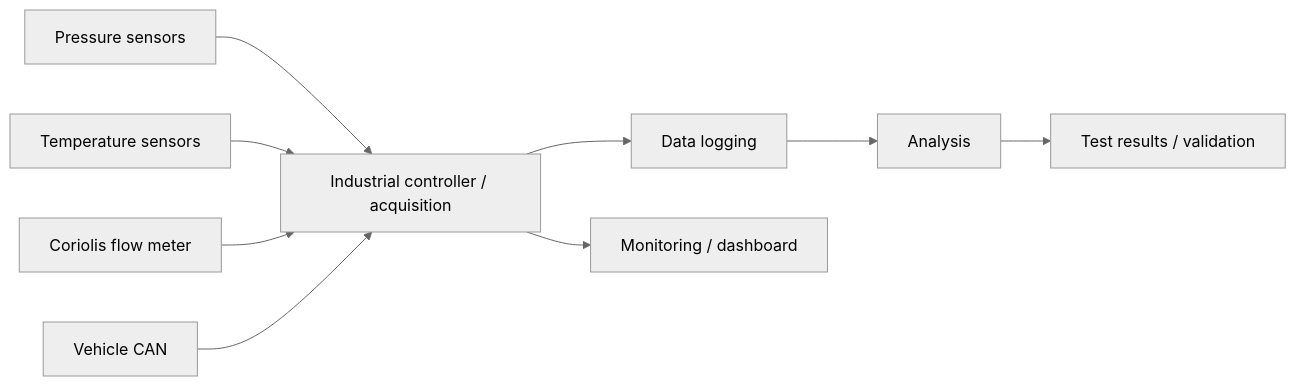
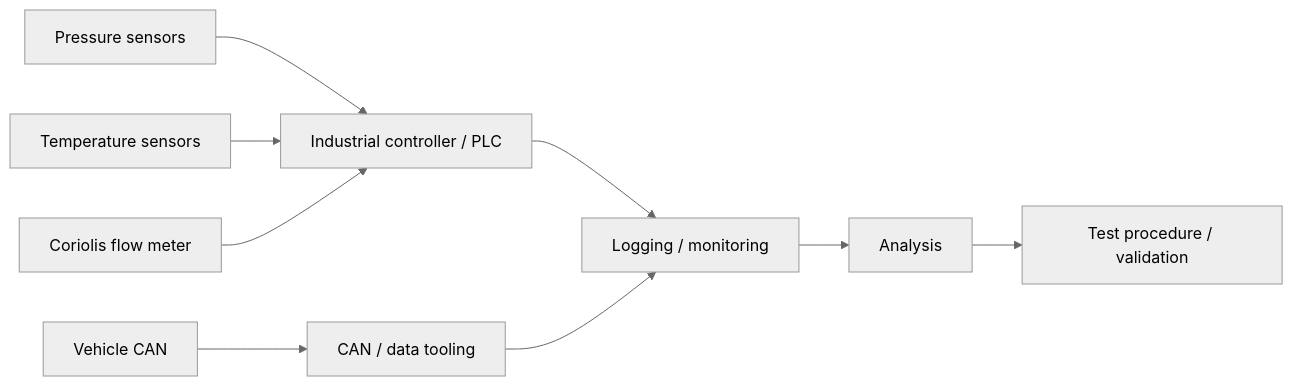
One commit to medman09/engineering-portfolio changed the diagram in projects/04-automotive-test-automation/README.md. Above: the diagram before and after it, drawn with Mermaid (neutral theme). The commit also changed other lines of this file and 5 other files, not shown here.

````diff
--- a/projects/04-automotive-test-automation/README.md
+++ b/projects/04-automotive-test-automation/README.md
@@ -32,11 +32,11 @@
 ```mermaid
 flowchart LR
-    P[Pressure sensors] --> CTRL[Industrial controller / acquisition]
+    P[Pressure sensors] --> CTRL[Industrial controller / PLC]
     T[Temperature sensors] --> CTRL
     F[Coriolis flow meter] --> CTRL
-    CAN[Vehicle CAN] --> CTRL
-    CTRL --> LOG[Data logging]
-    CTRL --> UI[Monitoring / dashboard]
+    CAN[Vehicle CAN] --> SW[CAN / data tooling]
+    CTRL --> LOG[Logging / monitoring]
+    SW --> LOG
     LOG --> ANA[Analysis]
-    ANA --> TEST[Test results / validation]
+    ANA --> TEST[Test procedure / validation]
 ```
````
